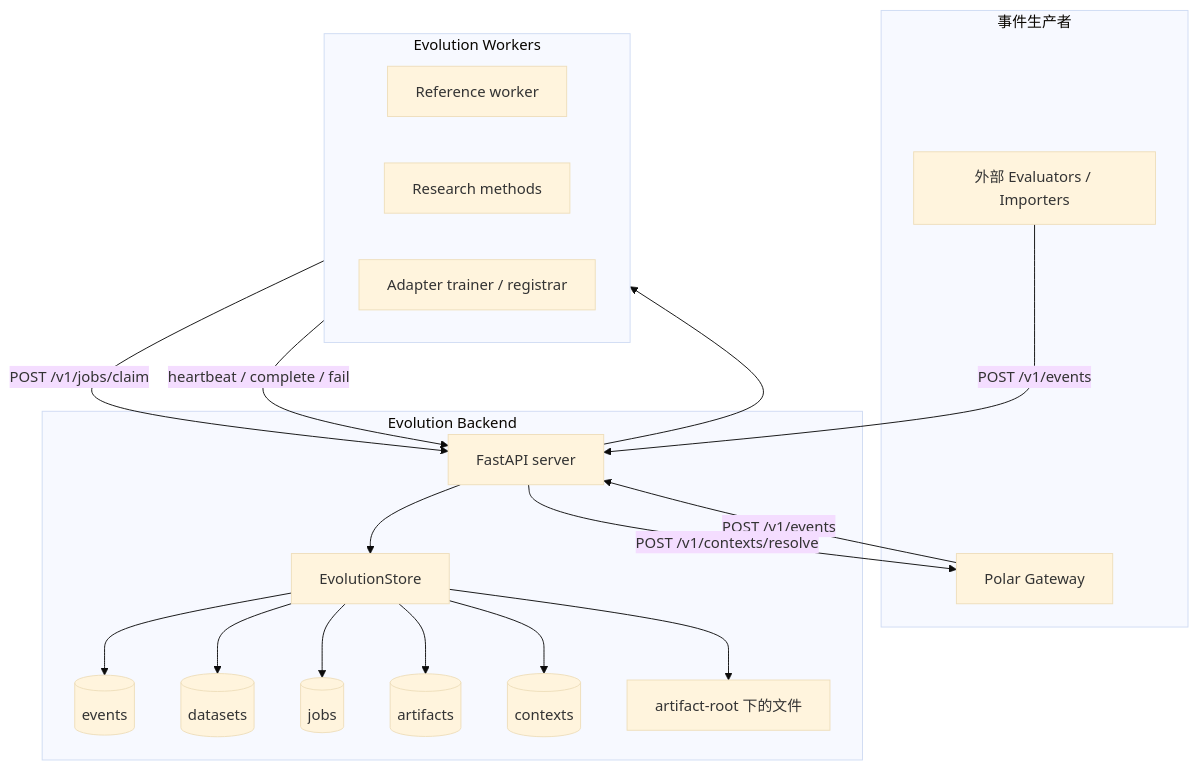
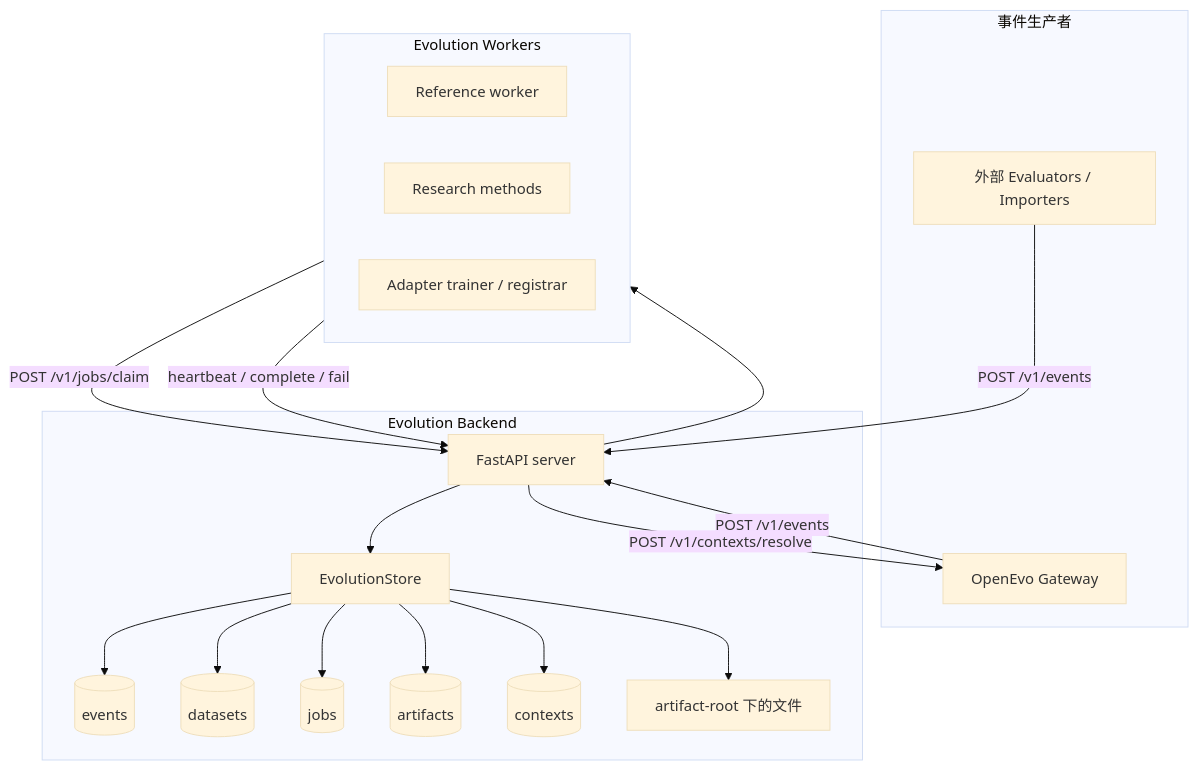
The first of 4 diagrams in docs/architecture/evolution-backend.md (KDBRonaldo/OpenEvo), drawn with Mermaid (base theme) before and after one commit. The commit also changed other lines of this file and 176 other files, not shown here.

First line of the commit message:
docs: present OpenEvo repository surfaces

````diff
--- a/docs/architecture/evolution-backend.md
+++ b/docs/architecture/evolution-backend.md
@@ -14,40 +14,40 @@
 ```mermaid
 flowchart TB
     subgraph Producers["事件生产者"]
-        Gateway[Polar Gateway]
+        Gateway[OpenEvo Gateway]
         External[外部 Evaluators / Importers]
     end
 
     subgraph EvolutionBackend["Evolution Backend"]
         API[FastAPI server]
         Store[EvolutionStore]
         EventTable[(events)]
         DatasetTable[(datasets)]
         JobTable[(jobs)]
         ArtifactTable[(artifacts)]
         ContextTable[(contexts)]
         Files[artifact-root 下的文件]
     end
 
     subgraph Workers["Evolution Workers"]
         RefWorker[Reference worker]
         ResearchWorker[Research methods]
         TrainerWorker[Adapter trainer / registrar]
     end
 
     Gateway -->|POST /v1/events| API
     External -->|POST /v1/events| API
     API --> Store
     Store --> EventTable
     Store --> DatasetTable
     Store --> JobTable
     Store --> ArtifactTable
     Store --> ContextTable
     Store --> Files
 
     Workers -->|POST /v1/jobs/claim| API
     Workers -->|heartbeat / complete / fail| API
     API --> Workers
 
     API -->|POST /v1/contexts/resolve| Gateway
 ```
````
